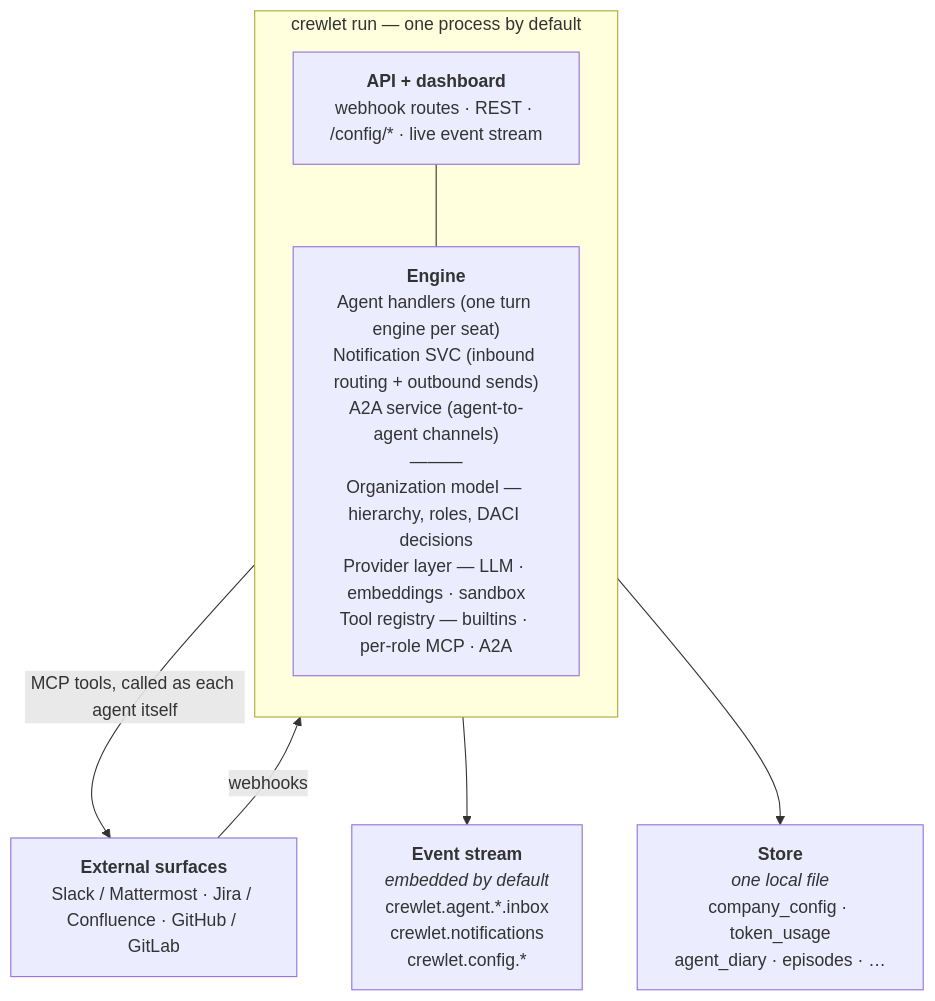
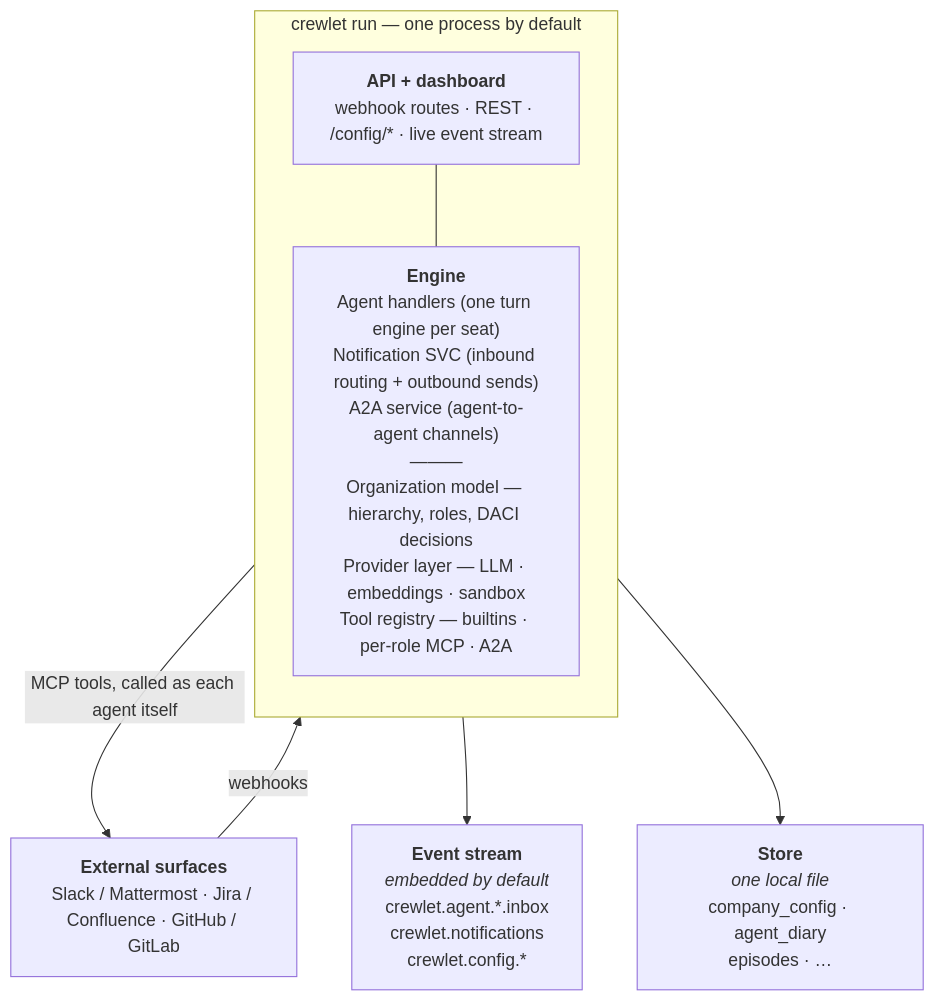
The diagram in docs/concepts/overview.md (crewlet/crewlet), drawn with Mermaid before and after one commit. The commit also changed other lines of this file and 10 other files, not shown here.

First line of the commit message:
fix(store): drop token_usage, the audit table nothing ever wrote

````diff
--- a/docs/concepts/overview.md
+++ b/docs/concepts/overview.md
@@ -56,16 +56,16 @@
 ```mermaid
 flowchart TD
     EXT["<b>External surfaces</b><br/>Slack / Mattermost · Jira / Confluence · GitHub / GitLab"]
     subgraph proc["crewlet run — one process by default"]
         direction TB
         API["<b>API + dashboard</b><br/>webhook routes · REST · /config/* · live event stream"]
         ENG["<b>Engine</b><br/>Agent handlers (one turn engine per seat)<br/>Notification SVC (inbound routing + outbound sends)<br/>A2A service (agent-to-agent channels)<br/>———<br/>Organization model — hierarchy, roles, DACI decisions<br/>Provider layer — LLM · embeddings · sandbox<br/>Tool registry — builtins · per-role MCP · A2A"]
         API --- ENG
     end
     STREAM["<b>Event stream</b><br/><i>embedded by default</i><br/>crewlet.agent.*.inbox<br/>crewlet.notifications<br/>crewlet.config.*"]
-    DB["<b>Store</b><br/><i>one local file</i><br/>company_config · token_usage<br/>agent_diary · episodes · …"]
+    DB["<b>Store</b><br/><i>one local file</i><br/>company_config · agent_diary<br/>episodes · …"]
     EXT -->|webhooks| API
     ENG -->|"MCP tools, called as each agent itself"| EXT
     ENG --> STREAM
     ENG --> DB
 ```
````
